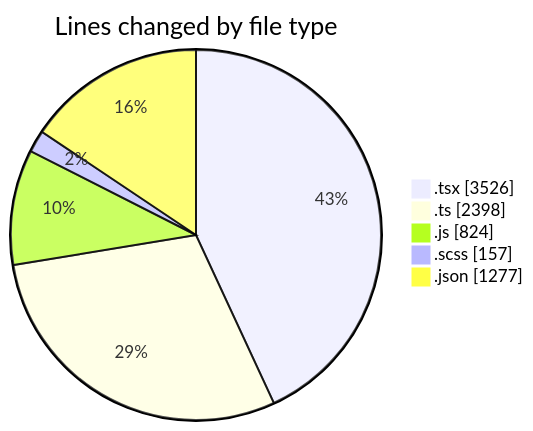
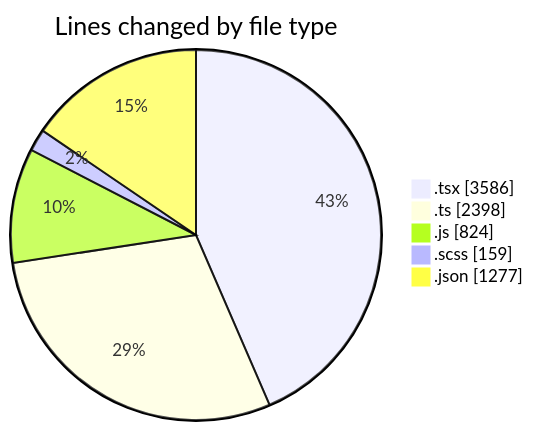
The first of 2 diagrams in 2026-06-15/cda/README.md (momahboobian/code-tracking), drawn with Mermaid before and after one commit. The commit also changed other lines of this file and 1 other file, not shown here.

````diff
--- a/2026-06-15/cda/README.md
+++ b/2026-06-15/cda/README.md
@@ -67,9 +67,9 @@
 ```mermaid
 pie showData
 title Lines changed by file type
-".tsx" : 3526
+".tsx" : 3586
 ".ts" : 2398
 ".js" : 824
-".scss" : 157
+".scss" : 159
 ".json" : 1277
 ```
````
